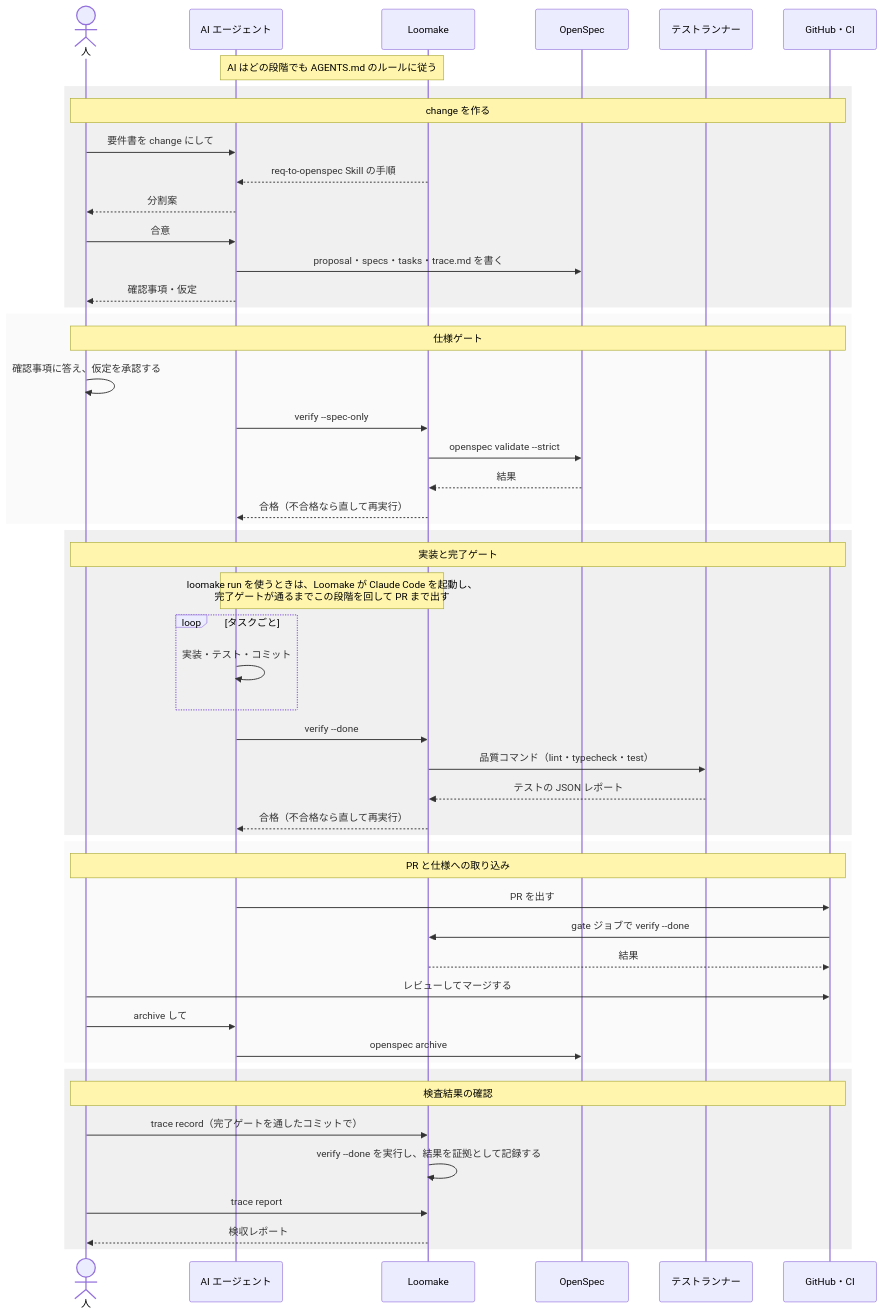
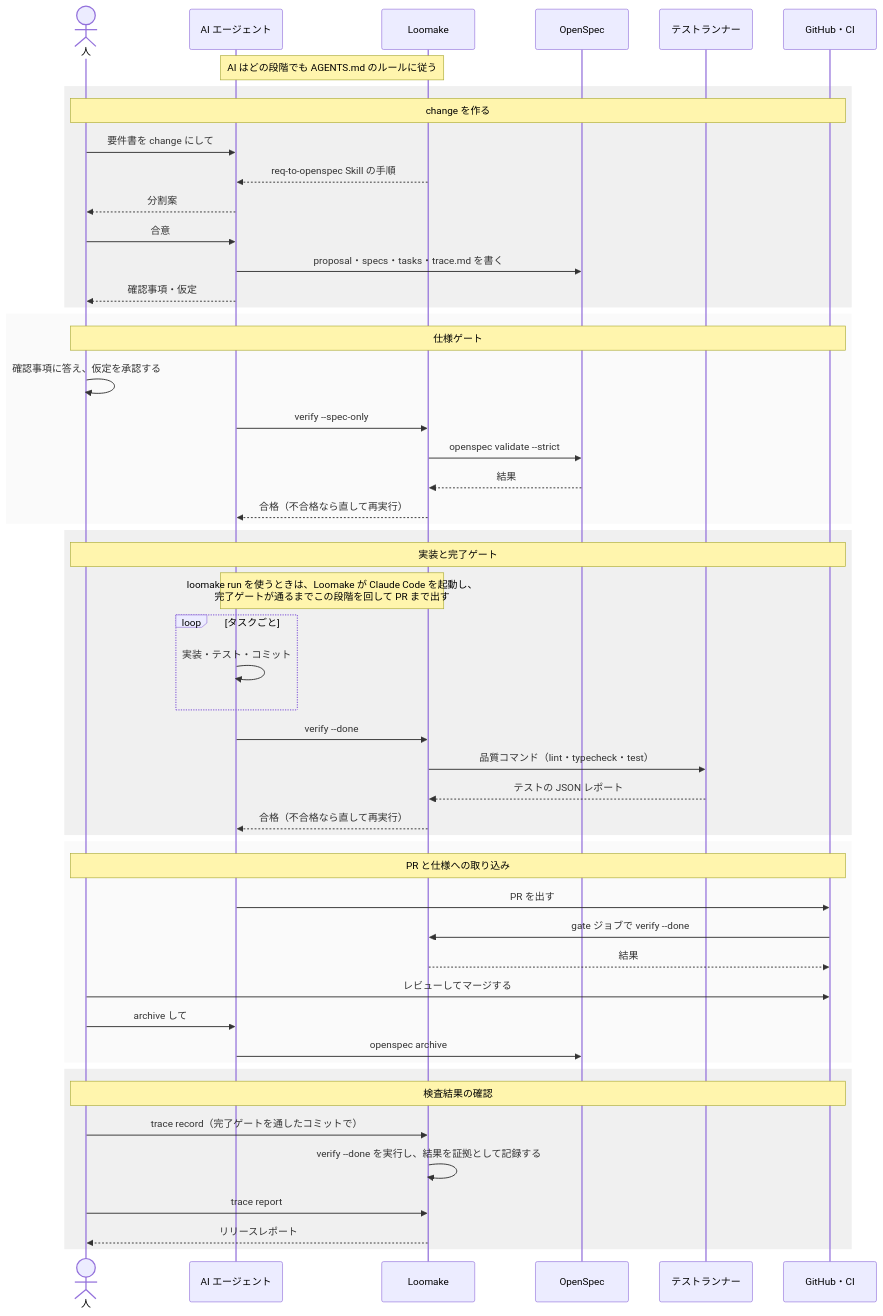
Before and after one commit to loomake/loomake: the second of 2 diagrams in docs/positioning.md, drawn with Mermaid. The commit also changed other lines of this file and 31 other files, not shown here.

````diff
--- a/docs/positioning.md
+++ b/docs/positioning.md
@@ -100,60 +100,60 @@
 ```mermaid
 sequenceDiagram
   actor H as 人
   participant A as AI エージェント
   participant L as Loomake
   participant O as OpenSpec
   participant T as テストランナー
   participant G as GitHub・CI
 
   Note over A,L: AI はどの段階でも AGENTS.md のルールに従う
 
   rect rgba(128, 128, 128, 0.12)
     Note over H,G: change を作る
     H->>A: 要件書を change にして
     L-->>A: req-to-openspec Skill の手順
     A-->>H: 分割案
     H->>A: 合意
     A->>O: proposal・specs・tasks・trace.md を書く
     A-->>H: 確認事項・仮定
   end
 
   rect rgba(128, 128, 128, 0.04)
     Note over H,G: 仕様ゲート
     H->>H: 確認事項に答え、仮定を承認する
     A->>L: verify --spec-only
     L->>O: openspec validate --strict
     O-->>L: 結果
     L-->>A: 合格（不合格なら直して再実行）
   end
 
   rect rgba(128, 128, 128, 0.12)
     Note over H,G: 実装と完了ゲート
     Note over A,L: loomake run を使うときは、Loomake が Claude Code を起動し、<br>完了ゲートが通るまでこの段階を回して PR まで出す
     loop タスクごと
       A->>A: 実装・テスト・コミット
     end
     A->>L: verify --done
     L->>T: 品質コマンド（lint・typecheck・test）
     T-->>L: テストの JSON レポート
     L-->>A: 合格（不合格なら直して再実行）
   end
 
   rect rgba(128, 128, 128, 0.04)
     Note over H,G: PR と仕様への取り込み
     A->>G: PR を出す
     G->>L: gate ジョブで verify --done
     L-->>G: 結果
     H->>G: レビューしてマージする
     H->>A: archive して
     A->>O: openspec archive
   end
 
   rect rgba(128, 128, 128, 0.12)
     Note over H,G: 検査結果の確認
     H->>L: trace record（完了ゲートを通したコミットで）
     L->>L: verify --done を実行し、結果を証拠として記録する
     H->>L: trace report
-    L-->>H: 検収レポート
+    L-->>H: リリースレポート
   end
 ```
````
